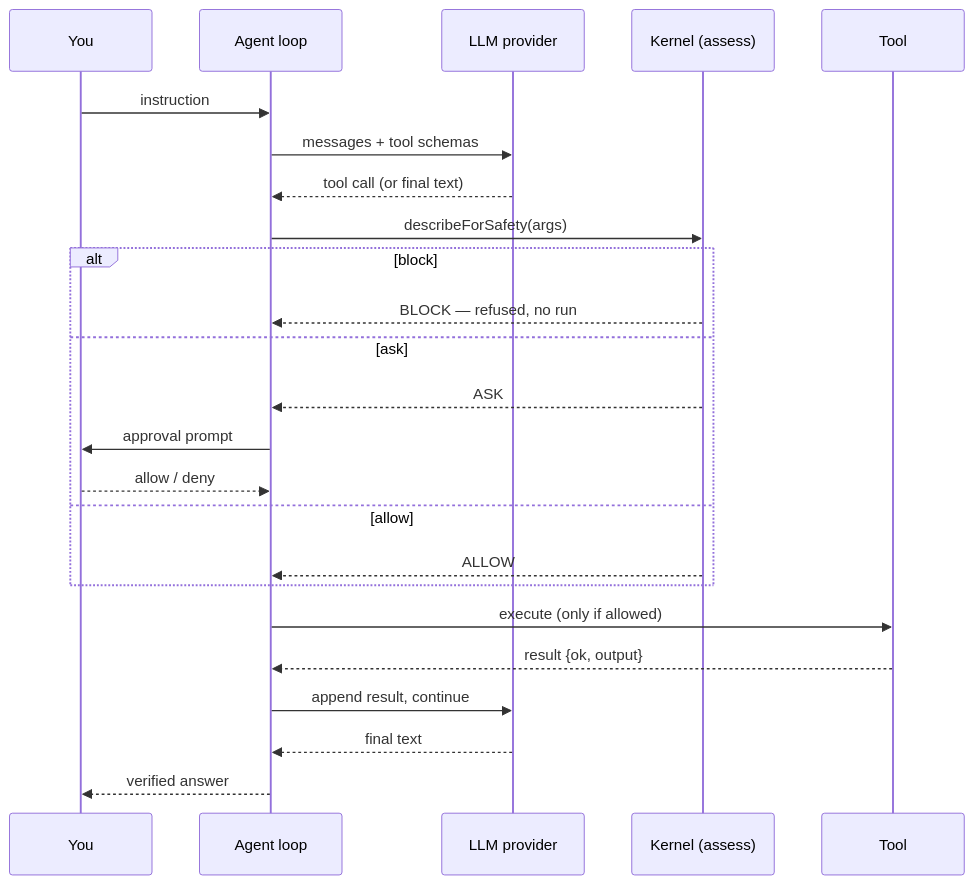
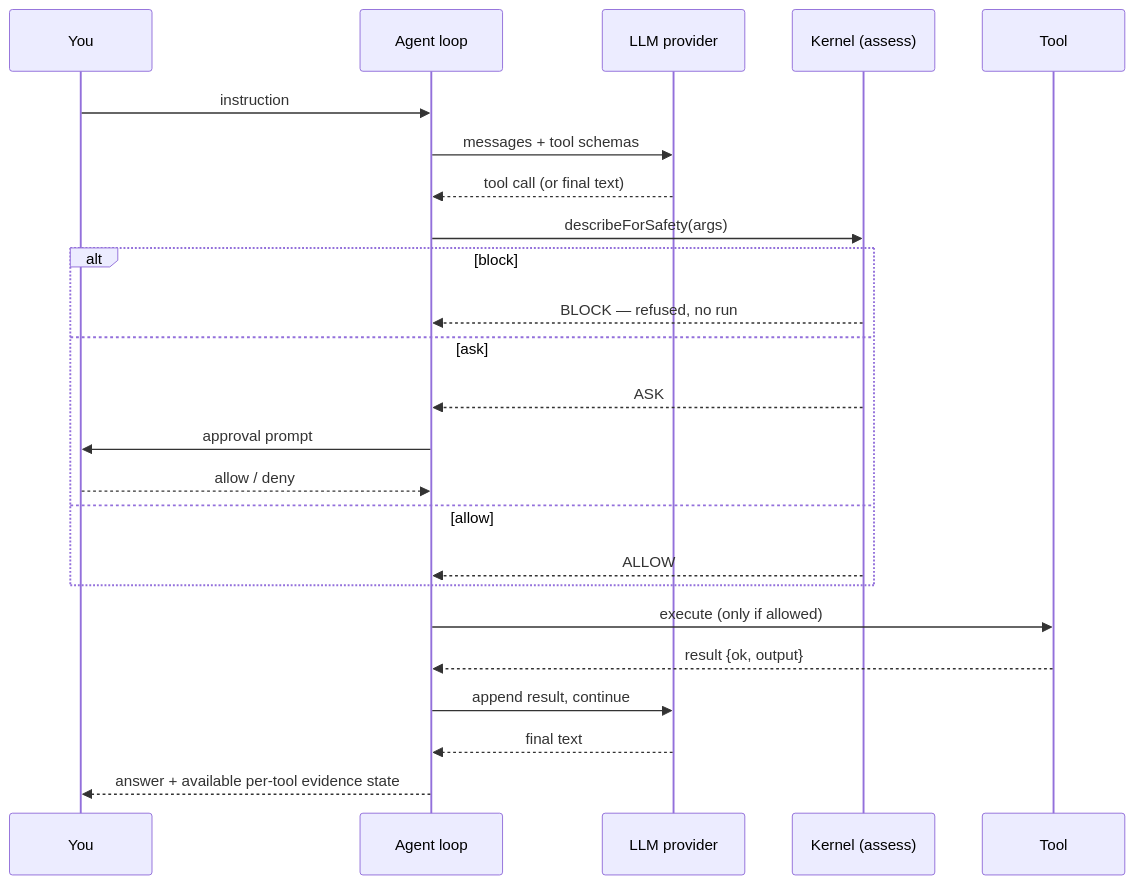
The second of 5 diagrams in vanta-website/docs/how-it-works.md (jpoindexter/Vanta), drawn with Mermaid before and after one commit. The commit also changed other lines of this file and 57 other files, not shown here.

Commit message:
docs: correct total realignment roadmap

````diff
--- a/vanta-website/docs/how-it-works.md
+++ b/vanta-website/docs/how-it-works.md
@@ -44,26 +51,26 @@
 ```mermaid
 sequenceDiagram
   participant U as You
   participant A as Agent loop
   participant L as LLM provider
   participant K as Kernel (assess)
   participant T as Tool
   U->>A: instruction
   A->>L: messages + tool schemas
   L-->>A: tool call (or final text)
   A->>K: describeForSafety(args)
   alt block
     K-->>A: BLOCK — refused, no run
   else ask
     K-->>A: ASK
     A->>U: approval prompt
     U-->>A: allow / deny
   else allow
     K-->>A: ALLOW
   end
   A->>T: execute (only if allowed)
   T-->>A: result {ok, output}
   A->>L: append result, continue
   L-->>A: final text
-  A-->>U: verified answer
+  A-->>U: answer + available per-tool evidence state
 ```
````
